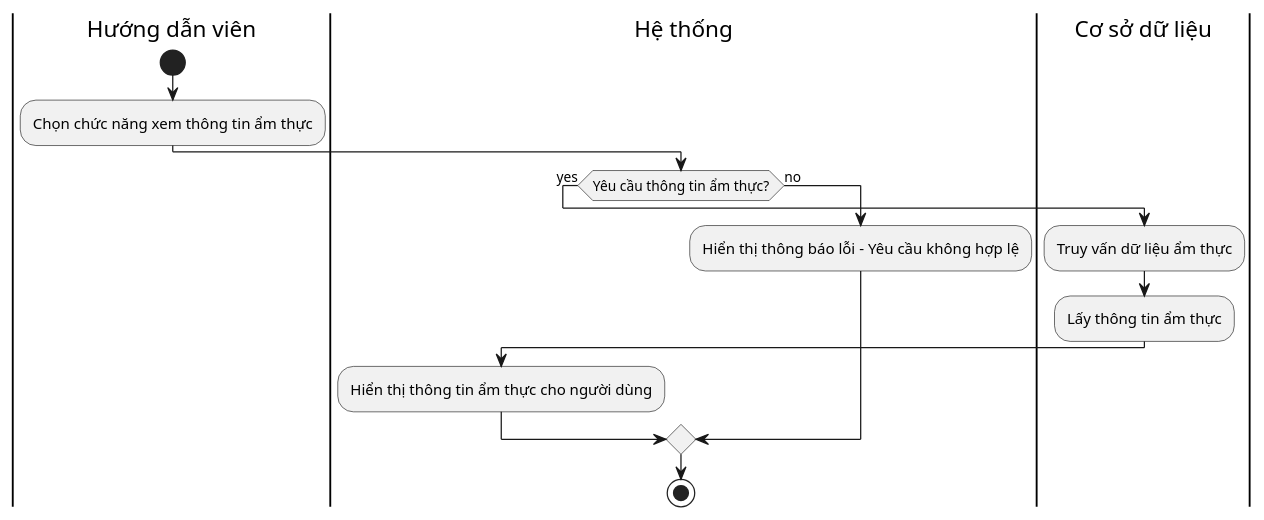
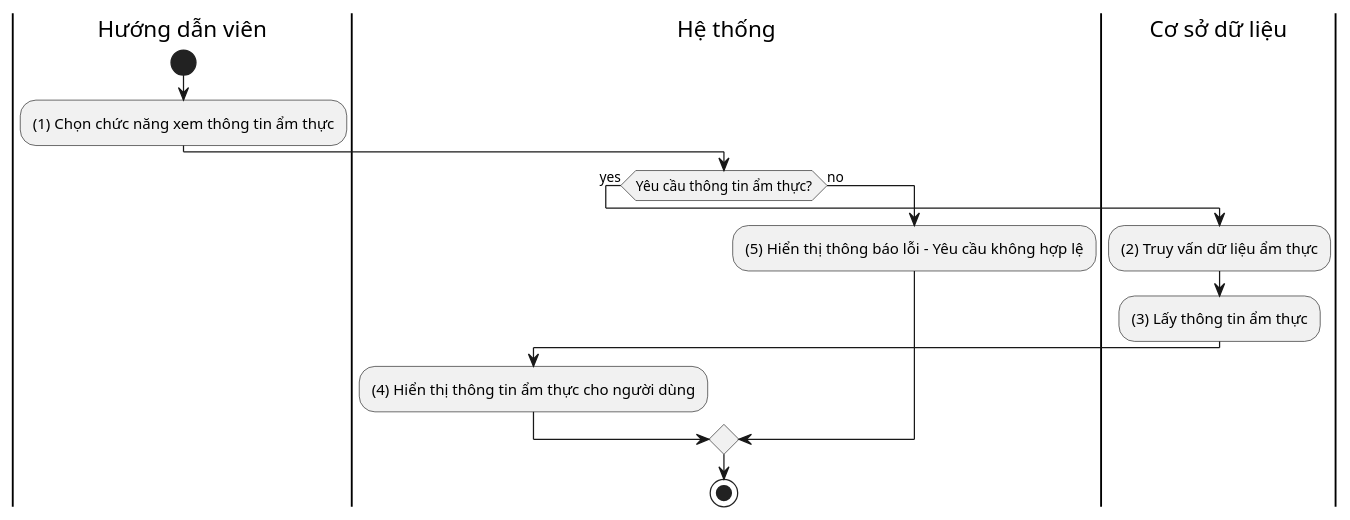
Before and after one commit to Khoitran0205/SE357-Pratice-class: the diagram in lab1.2/activity_diagrams/provideFoodInfo.plantuml, drawn with PlantUML. The commit also changed 10 other files, not shown here.

```diff
--- a/lab1.2/activity_diagrams/provideFoodInfo.plantuml
+++ b/lab1.2/activity_diagrams/provideFoodInfo.plantuml
@@ -1,19 +1,19 @@
 @startuml provideFoodInfo_activity_diagram
 
 |Hướng dẫn viên|
 start
-:Chọn chức năng xem thông tin ẩm thực;
+:(1) Chọn chức năng xem thông tin ẩm thực;
 
 |Hệ thống|
 if (Yêu cầu thông tin ẩm thực?) then (yes)
     |Cơ sở dữ liệu|
-    :Truy vấn dữ liệu ẩm thực;
-    :Lấy thông tin ẩm thực;
+    :(2) Truy vấn dữ liệu ẩm thực;
+    :(3) Lấy thông tin ẩm thực;
     |Hệ thống|
-    :Hiển thị thông tin ẩm thực cho người dùng;
+    :(4) Hiển thị thông tin ẩm thực cho người dùng;
 else (no)
-    :Hiển thị thông báo lỗi - Yêu cầu không hợp lệ;
+    :(5) Hiển thị thông báo lỗi - Yêu cầu không hợp lệ;
 
 endif
 stop
 @enduml
```
